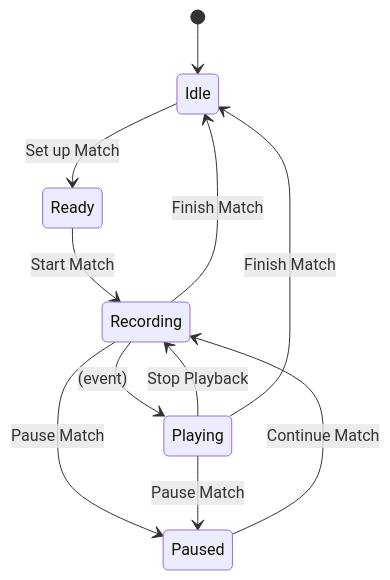
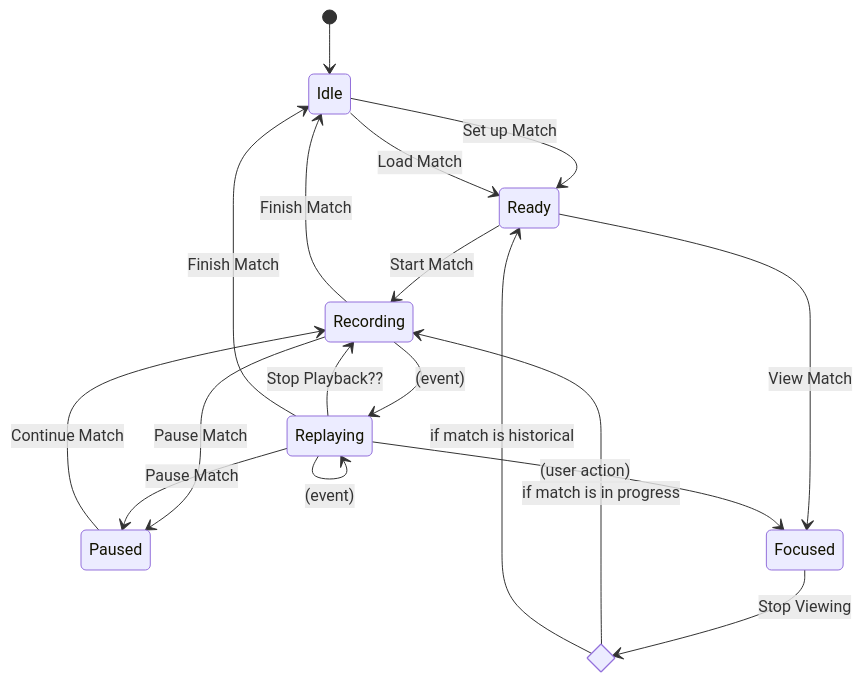
One commit to alan-geller/video-remise changed the diagram in UI State Diagram.md. Above: the diagram before and after it, drawn with Mermaid.

Commit message:
Updated UI state diagram

````diff
--- a/UI State Diagram.md
+++ b/UI State Diagram.md
@@ -1,18 +1,27 @@
 ```mermaid
 stateDiagram-v2
     state "Idle" as A
     state "Ready" as B
     state "Recording" as C
     state "Paused" as D
-    state "Playing" as F
+    state "Replaying" as E
+    state "Focused" as F
+    state view_if <<choice>>
     [*] --> A
     A -->B:Set up Match
+    A -->B:Load Match
     B -->C:Start Match
+    B -->F:View Match
     C -->D:Pause Match
     C -->A:Finish Match
-    C -->F:(event)
+    C -->E:(event)
     D -->C:Continue Match
-    F -->D:Pause Match
-    F -->C:Stop Playback
-    F -->A:Finish Match
-```
+    E -->D:Pause Match
+    E -->C:Stop Playback??
+    E -->A:Finish Match
+    E -->F:(user action)
+    E -->E:(event)
+    F -->view_if:Stop Viewing
+    view_if -->C:if match is in progress
+    view_if -->B: if match is historical
+``` 
````
